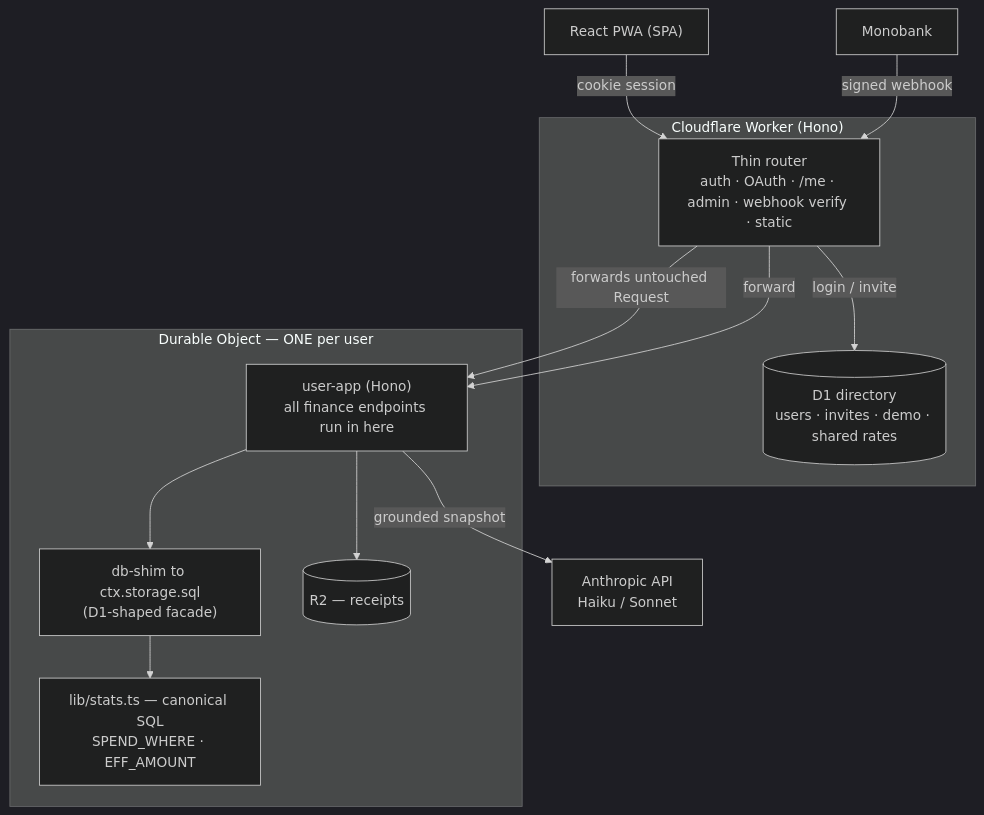
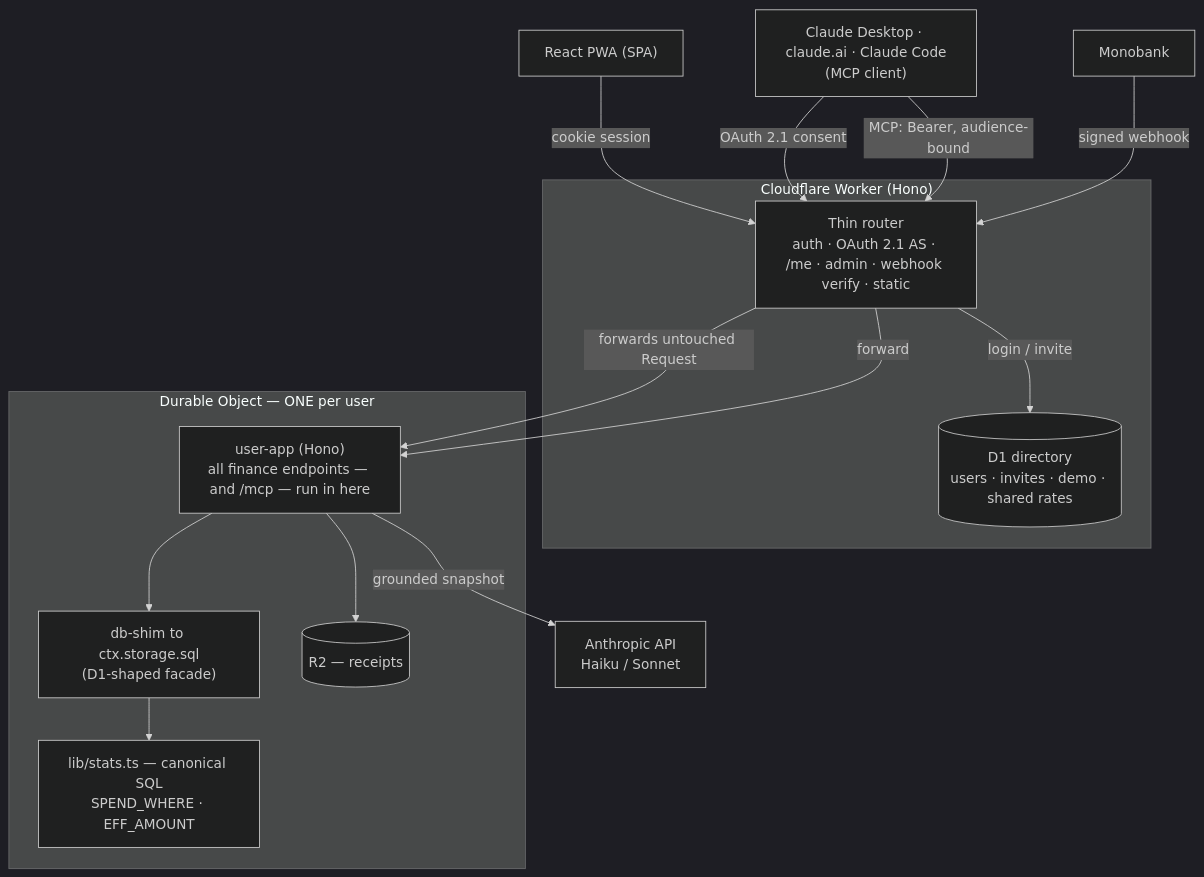
Before and after one commit to ITalik-gr/money-track: the diagram in README.md, drawn with Mermaid (dark theme). The commit also changed other lines of this file and 25 other files, not shown here.

First line of the commit message:
feat: implement OAuth 2.1 authorization flow with dynamic client registration

````diff
--- a/README.md
+++ b/README.md
@@ -54,28 +64,31 @@
 ```mermaid
 flowchart TB
     Browser["React PWA (SPA)"]
 
     subgraph Worker["Cloudflare Worker (Hono)"]
-        Router["Thin router<br/>auth · OAuth · /me · admin · webhook verify · static"]
+        Router["Thin router<br/>auth · OAuth 2.1 AS · /me · admin · webhook verify · static"]
         Directory[("D1 directory<br/>users · invites · demo · shared rates")]
     end
 
     subgraph DO["Durable Object — ONE per user"]
-        UserApp["user-app (Hono)<br/>all finance endpoints run in here"]
+        UserApp["user-app (Hono)<br/>all finance endpoints — and /mcp — run in here"]
         Shim["db-shim to ctx.storage.sql<br/>(D1-shaped facade)"]
         Canon["lib/stats.ts — canonical SQL<br/>SPEND_WHERE · EFF_AMOUNT"]
         R2[("R2 — receipts")]
     end
 
     Anthropic["Anthropic API<br/>Haiku / Sonnet"]
     Mono["Monobank"]
+    Claude["Claude Desktop · claude.ai · Claude Code<br/>(MCP client)"]
 
     Browser -->|"cookie session"| Router
+    Claude -->|"OAuth 2.1 consent"| Router
+    Claude -->|"MCP: Bearer, audience-bound"| Router
     Router -->|"forwards untouched Request"| UserApp
     UserApp --> Shim --> Canon
     UserApp --> R2
     UserApp -->|"grounded snapshot"| Anthropic
     Router -->|"login / invite"| Directory
     Mono -->|"signed webhook"| Router
     Router -->|"forward"| UserApp
 ```
````
